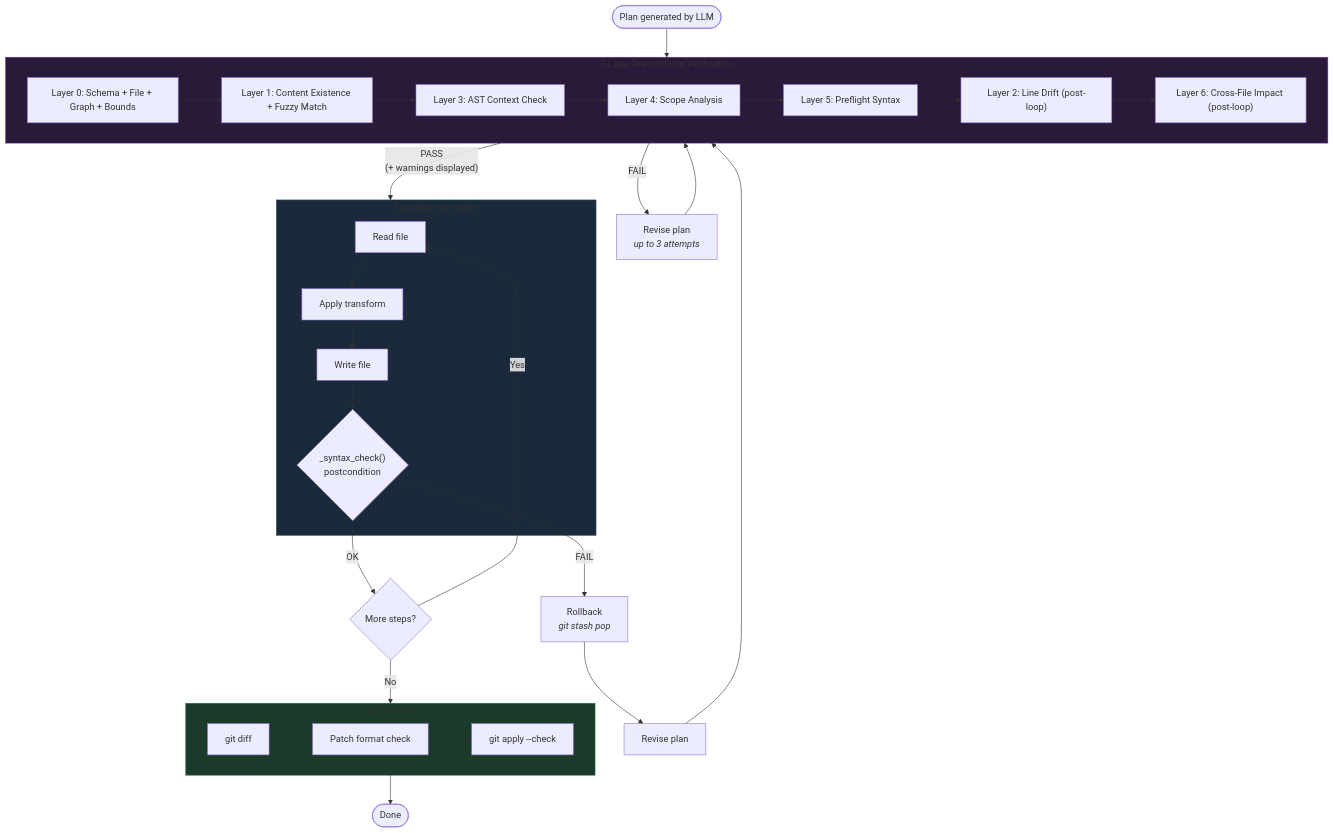
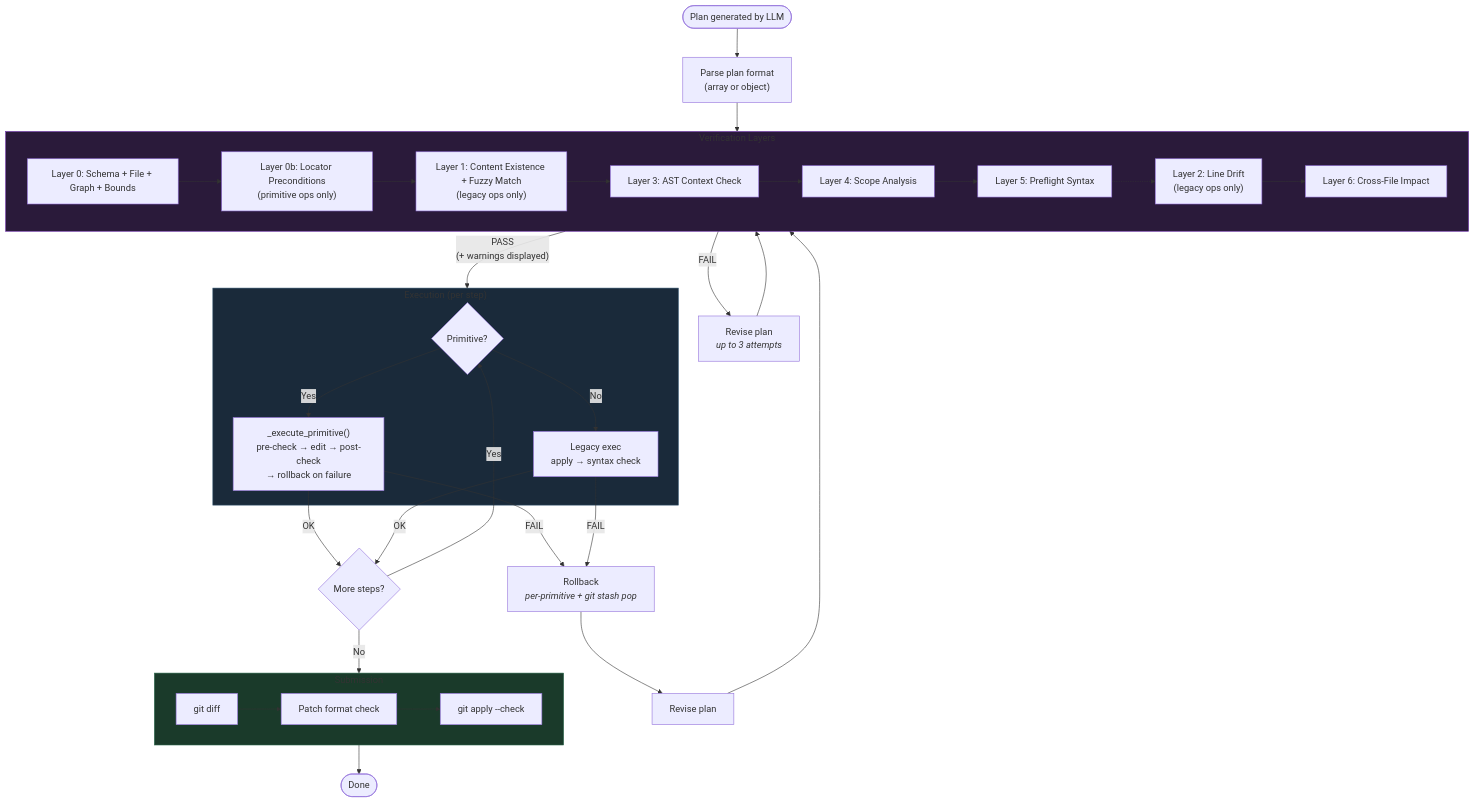
Before and after one commit to toreleon/graph-transform-agent: diagram 14 of 15 in _bmad-output/research/graphplan-architecture.md, drawn with Mermaid. The commit also changed other lines of this file and 4 other files, not shown here.

First line of the commit message:
Feat(GraphPlan): Implement AST-node transformation primitives with locator system

````diff
--- a/_bmad-output/research/graphplan-architecture.md
+++ b/_bmad-output/research/graphplan-architecture.md
@@ -1295,41 +1423,47 @@
 ```mermaid
 flowchart TD
-    Start([Plan generated by LLM]) --> Verify
+    Start([Plan generated by LLM]) --> Format["Parse plan format<br/>(array or object)"]
+    Format --> Verify
 
-    subgraph Verify ["7-Layer Precondition Verification"]
+    subgraph Verify ["Verification Layers"]
         V0["Layer 0: Schema + File + Graph + Bounds"]
-        V1["Layer 1: Content Existence + Fuzzy Match"]
+        V0b["Layer 0b: Locator Preconditions<br/>(primitive ops only)"]
+        V1["Layer 1: Content Existence + Fuzzy Match<br/>(legacy ops only)"]
         V3["Layer 3: AST Context Check"]
         V4["Layer 4: Scope Analysis"]
         V5["Layer 5: Preflight Syntax"]
-        V2["Layer 2: Line Drift (post-loop)"]
-        V6["Layer 6: Cross-File Impact (post-loop)"]
-        V0 --> V1 --> V3 --> V4 --> V5
+        V2["Layer 2: Line Drift<br/>(legacy ops only)"]
+        V6["Layer 6: Cross-File Impact"]
+        V0 --> V0b --> V1 --> V3 --> V4 --> V5
         V5 -.-> V2 --> V6
     end
 
     Verify -->|"PASS<br/>(+ warnings displayed)"| Exec
     Verify -->|FAIL| Revise1[Revise plan<br/><i>up to 3 attempts</i>]
     Revise1 --> Verify
 
     subgraph Exec ["Execution (per step)"]
-        X1[Read file] --> X2[Apply transform] --> X3[Write file] --> X4{"_syntax_check()<br/>postcondition"}
+        Route{Primitive?}
+        Route -->|Yes| Prim["_execute_primitive()<br/>pre-check → edit → post-check<br/>→ rollback on failure"]
+        Route -->|No| Legacy["Legacy exec<br/>apply → syntax check"]
     end
 
-    X4 -->|OK| NextStep{More steps?}
-    NextStep -->|Yes| X1
+    Prim -->|OK| NextStep{More steps?}
+    Legacy -->|OK| NextStep
+    NextStep -->|Yes| Route
     NextStep -->|No| Submit
-    X4 -->|FAIL| Rollback["Rollback<br/><i>git stash pop</i>"]
+    Prim -->|FAIL| Rollback["Rollback<br/><i>per-primitive + git stash pop</i>"]
+    Legacy -->|FAIL| Rollback
     Rollback --> Revise2[Revise plan]
     Revise2 --> Verify
 
     subgraph Submit ["Submission"]
         S1[git diff] --> S2[Patch format check] --> S3[git apply --check]
     end
 
     Submit --> Done([Done])
 
     style Verify fill:#2a1a3a,stroke:#6a2daa
     style Exec fill:#1a2a3a,stroke:#2d4f6a
     style Submit fill:#1a3a2a,stroke:#2d6a4f
 ```
````
